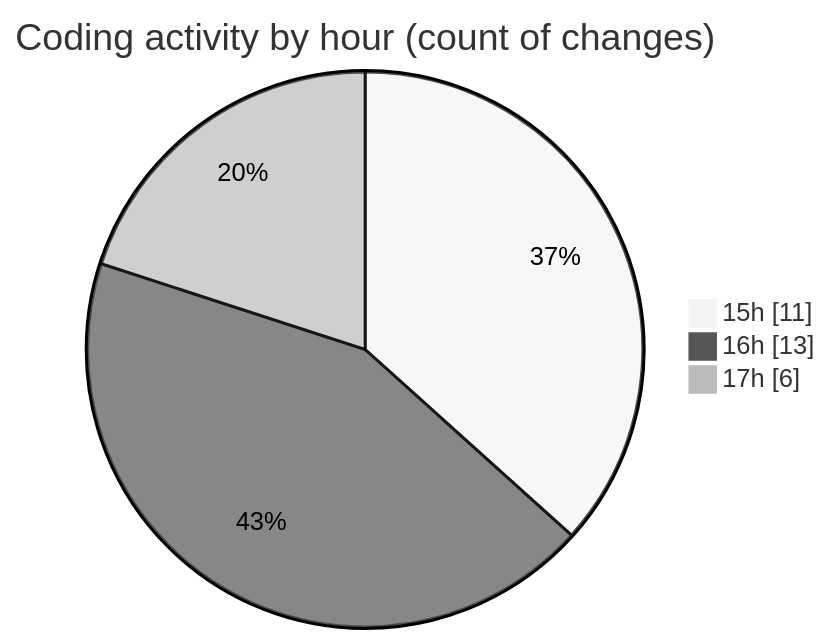
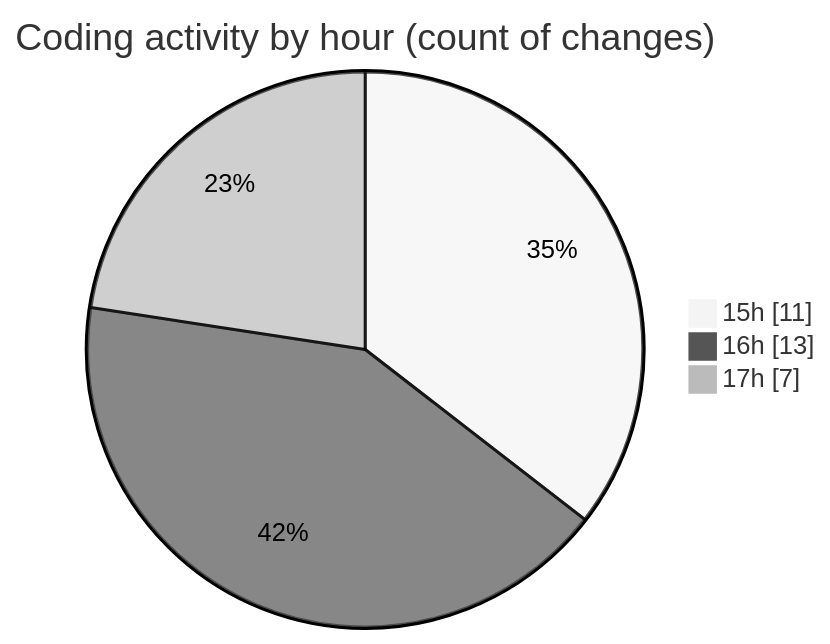
The second of 2 diagrams in 2025-03-08/mbc-web/README.md (robertbonfada/code-tracking), drawn with Mermaid (neutral theme) before and after one commit. The commit also changed other lines of this file and 1 other file, not shown here.

````diff
--- a/2025-03-08/mbc-web/README.md
+++ b/2025-03-08/mbc-web/README.md
@@ -34,7 +34,7 @@
 ```mermaid
 pie showData
 title Coding activity by hour (count of changes)
 "15h" : 11
 "16h" : 13
-"17h" : 6
+"17h" : 7
 ```
````
